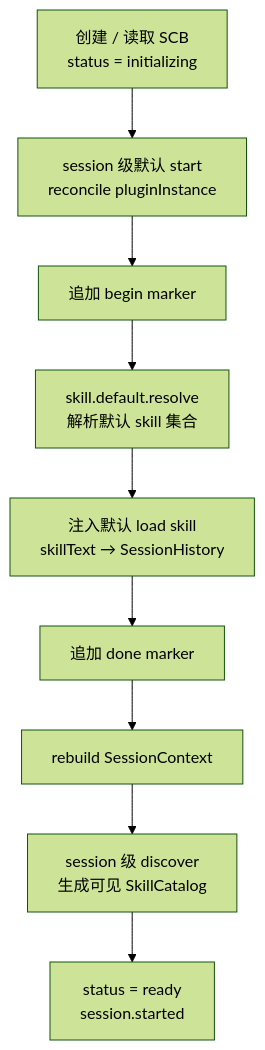
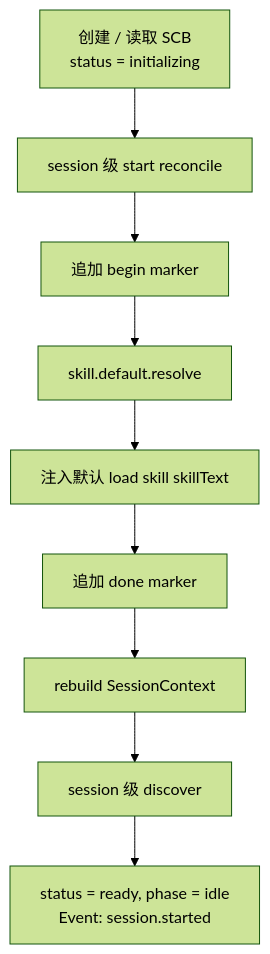
The sixth of 8 diagrams in AgentOS/docs/charter.md (Huafucius/EvoPalantir), drawn with Mermaid (forest theme) before and after one commit. The commit also changed other lines of this file and 4 other files, not shown here.

````diff
--- a/AgentOS/docs/charter.md
+++ b/AgentOS/docs/charter.md
@@ -556,11 +558,14 @@
 ```mermaid
 flowchart TD
-    S1["创建 / 读取 SCB\nstatus = initializing"] --> S2["session 级默认 start\nreconcile pluginInstance"]
-    S2 --> S3["追加 begin marker"]
-    S3 --> S4["skill.default.resolve\n解析默认 skill 集合"]
-    S4 --> S5["注入默认 load skill\nskillText → SessionHistory"]
-    S5 --> S6["追加 done marker"]
-    S6 --> S7["rebuild SessionContext"]
-    S7 --> S8["session 级 discover\n生成可见 SkillCatalog"]
-    S8 --> S9["status = ready\nsession.started"]
+    S1["创建 / 读取 SCB\nstatus = initializing"]
+    S2["session 级 start reconcile"]
+    S3["追加 begin marker"]
+    S4["skill.default.resolve"]
+    S5["注入默认 load skill skillText"]
+    S6["追加 done marker"]
+    S7["rebuild SessionContext"]
+    S8["session 级 discover"]
+    S9["status = ready, phase = idle\nEvent: session.started"]
+
+    S1 --> S2 --> S3 --> S4 --> S5 --> S6 --> S7 --> S8 --> S9
 ```
````
